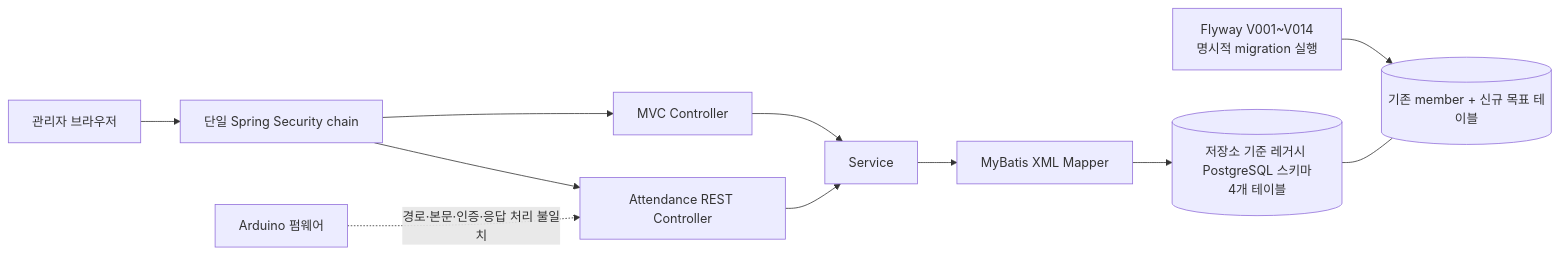
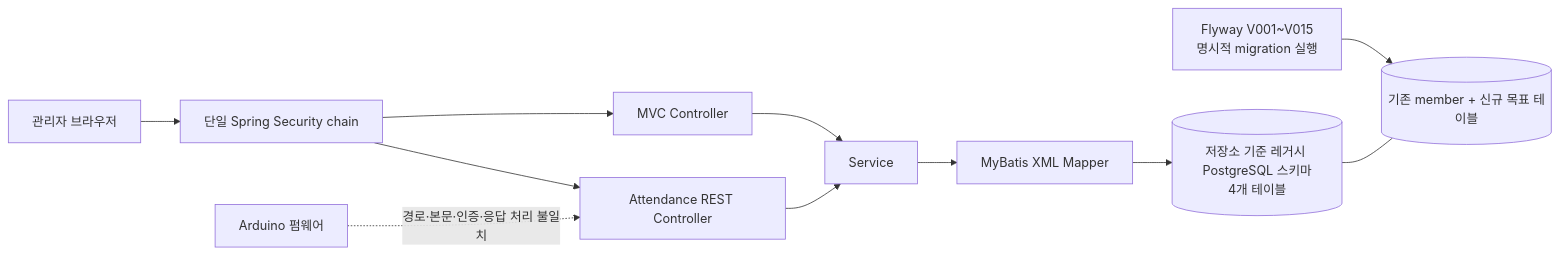
One commit to jinhokingofworld/attend changed the first of 6 diagrams in docs/ARCHITECTURE.md. Above: the diagram before and after it, drawn with Mermaid. The commit also changed other lines of this file and 20 other files, not shown here.

````diff
--- a/docs/ARCHITECTURE.md
+++ b/docs/ARCHITECTURE.md
@@ -121,13 +121,13 @@
 ```mermaid
 flowchart LR
     B["관리자 브라우저"] --> SC["단일 Spring Security chain"]
     SC --> MVC["MVC Controller"]
     SC --> API["Attendance REST Controller"]
     MVC --> S["Service"]
     API --> S
     S --> M["MyBatis XML Mapper"]
     M --> LDB[("저장소 기준 레거시 PostgreSQL 스키마<br>4개 테이블")]
-    FLY["Flyway V001~V014<br>명시적 migration 실행"] --> TDB[("기존 member + 신규 목표 테이블")]
+    FLY["Flyway V001~V015<br>명시적 migration 실행"] --> TDB[("기존 member + 신규 목표 테이블")]
     LDB --- TDB
     NFC["Arduino 펌웨어"] -. "경로·본문·인증·응답 처리 불일치" .-> API
 ```
````
